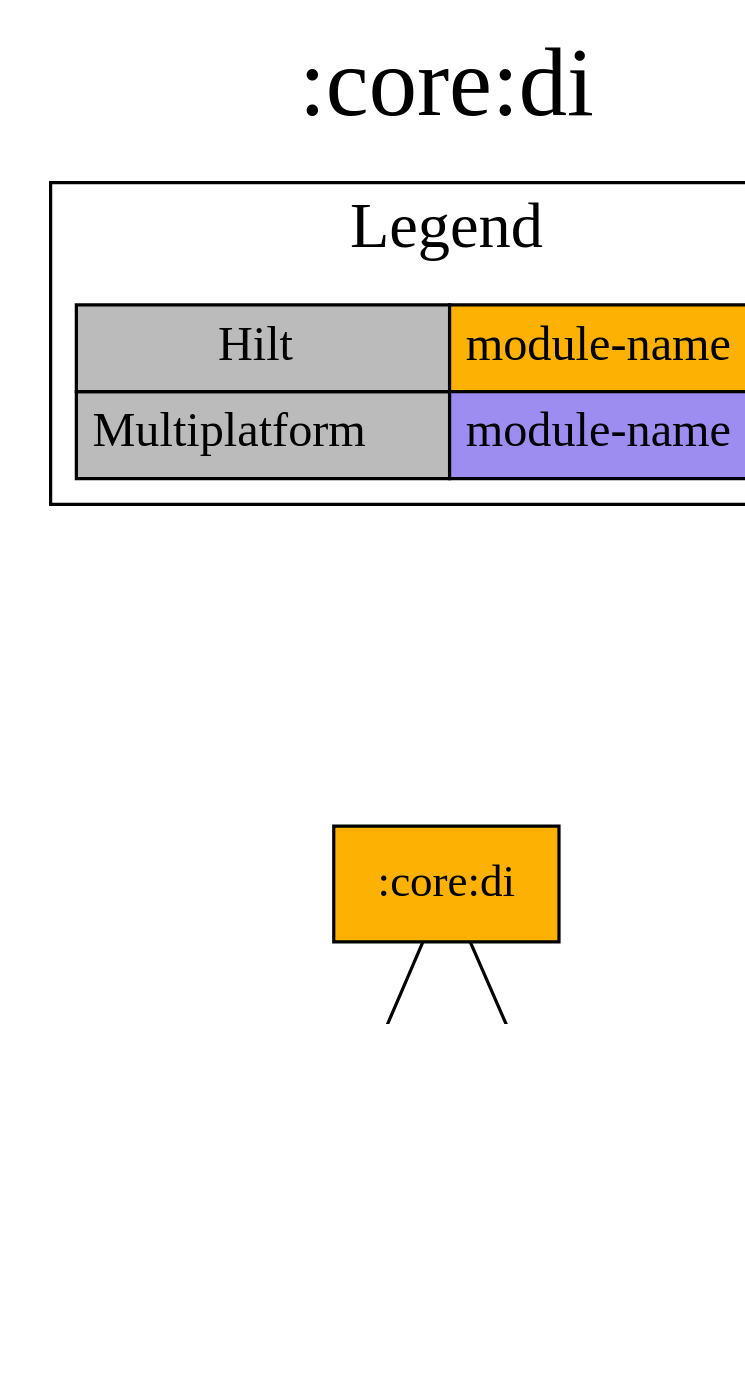
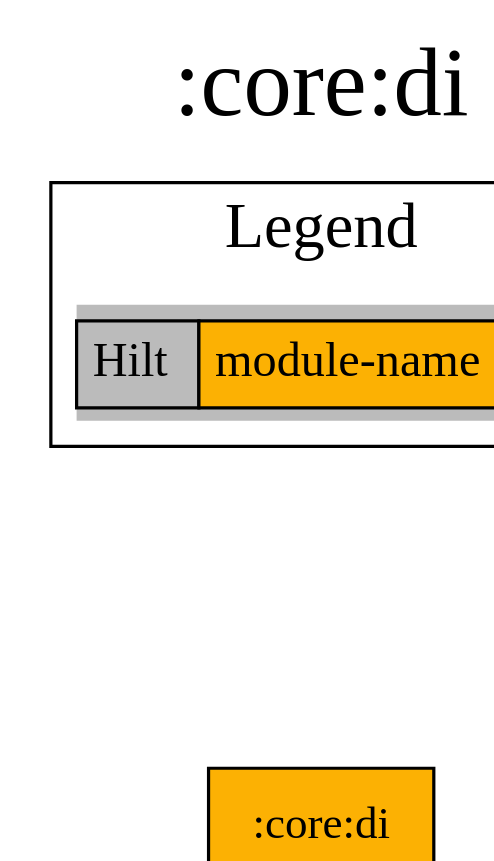
Before and after one commit to jonapoul/aktual: the diagram in modules/core/di/project-dependency-graph.dot, drawn with Graphviz. The commit also changed 91 other files, not shown here.

```diff
--- a/modules/core/di/project-dependency-graph.dot
+++ b/modules/core/di/project-dependency-graph.dot
@@ -1,25 +1,20 @@
 digraph {
 edge ["dir"="forward"]
 graph ["dpi"="100","label"=":core:di","labelloc"="t","fontsize"="30","ranksep"="1.5","rankdir"="TB"]
 node ["style"="filled"]
-":core:coroutines" ["fillcolor"="#9D8DF1","shape"="box"]
 ":core:di" ["shape"="box","fillcolor"="#FCB103"]
-":core:log" ["fillcolor"="#9D8DF1","shape"="box"]
 {
 edge ["dir"="none"]
 graph ["rank"="same"]
 ":core:di"
 }
-":core:di" -> ":core:coroutines"
-":core:di" -> ":core:log"
 subgraph "cluster_legend" {
 edge ["dir"="none"]
 graph ["label"="Legend","fontsize"="20"]
 "Legend" ["style"="filled","fillcolor"="#bbbbbb","shape"="none","margin"="0","fontsize"="15","label"=<
 <TABLE BORDER="0" CELLBORDER="1" CELLSPACING="0" CELLPADDING="4">
 <TR><TD>Hilt</TD><TD BGCOLOR="#FCB103">module-name</TD></TR>
-<TR><TD>Multiplatform</TD><TD BGCOLOR="#9D8DF1">module-name</TD></TR>
 </TABLE>
 >]
 } -> ":core:di" ["style"="invis"]
 }
```
